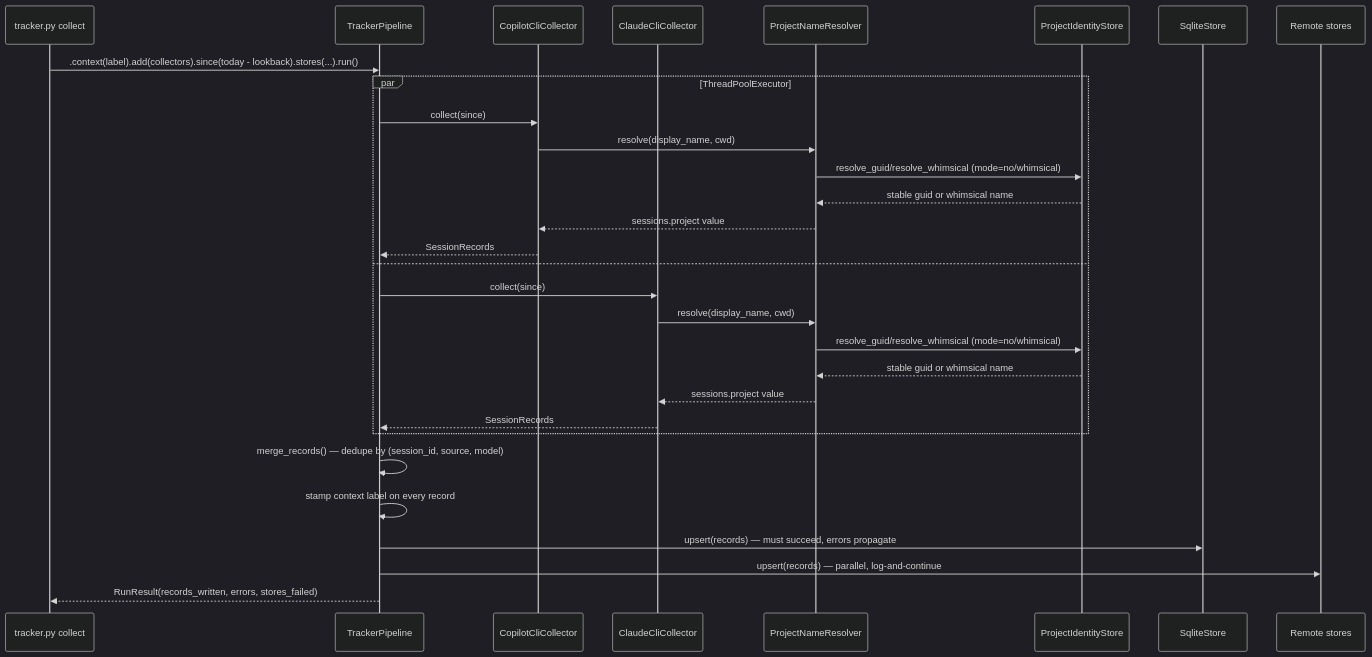
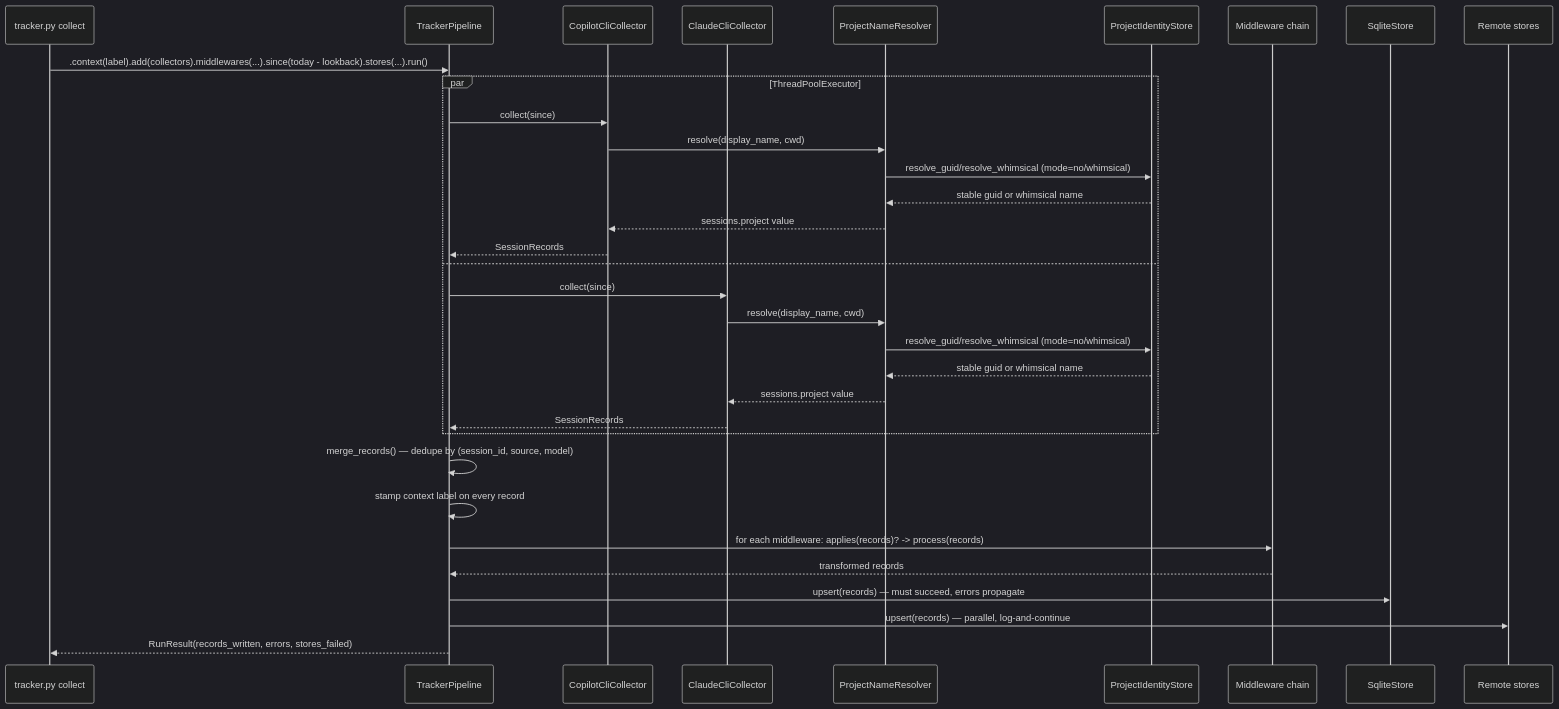
The second of 4 diagrams in docs/ARCHITECTURE.md (rbipin/TokenTrace), drawn with Mermaid (dark theme) before and after one commit. The commit also changed other lines of this file and 30 other files, not shown here.

````diff
--- a/docs/ARCHITECTURE.md
+++ b/docs/ARCHITECTURE.md
@@ -72,33 +93,36 @@
 ```mermaid
 sequenceDiagram
     participant CLI as tracker.py collect
     participant P as TrackerPipeline
     participant CC as CopilotCliCollector
     participant CL as ClaudeCliCollector
     participant PR as ProjectNameResolver
     participant PI as ProjectIdentityStore
+    participant MW as Middleware chain
     participant SQ as SqliteStore
     participant RM as Remote stores
 
-    CLI->>P: .context(label).add(collectors).since(today - lookback).stores(...).run()
+    CLI->>P: .context(label).add(collectors).middlewares(...).since(today - lookback).stores(...).run()
     par ThreadPoolExecutor
         P->>CC: collect(since)
         CC->>PR: resolve(display_name, cwd)
         PR->>PI: resolve_guid/resolve_whimsical (mode=no/whimsical)
         PI-->>PR: stable guid or whimsical name
         PR-->>CC: sessions.project value
         CC-->>P: SessionRecords
     and
         P->>CL: collect(since)
         CL->>PR: resolve(display_name, cwd)
         PR->>PI: resolve_guid/resolve_whimsical (mode=no/whimsical)
         PI-->>PR: stable guid or whimsical name
         PR-->>CL: sessions.project value
         CL-->>P: SessionRecords
     end
     P->>P: merge_records() — dedupe by (session_id, source, model)
     P->>P: stamp context label on every record
+    P->>MW: for each middleware: applies(records)? -> process(records)
+    MW-->>P: transformed records
     P->>SQ: upsert(records)  — must succeed, errors propagate
     P->>RM: upsert(records)  — parallel, log-and-continue
     P-->>CLI: RunResult(records_written, errors, stores_failed)
 ```
````
